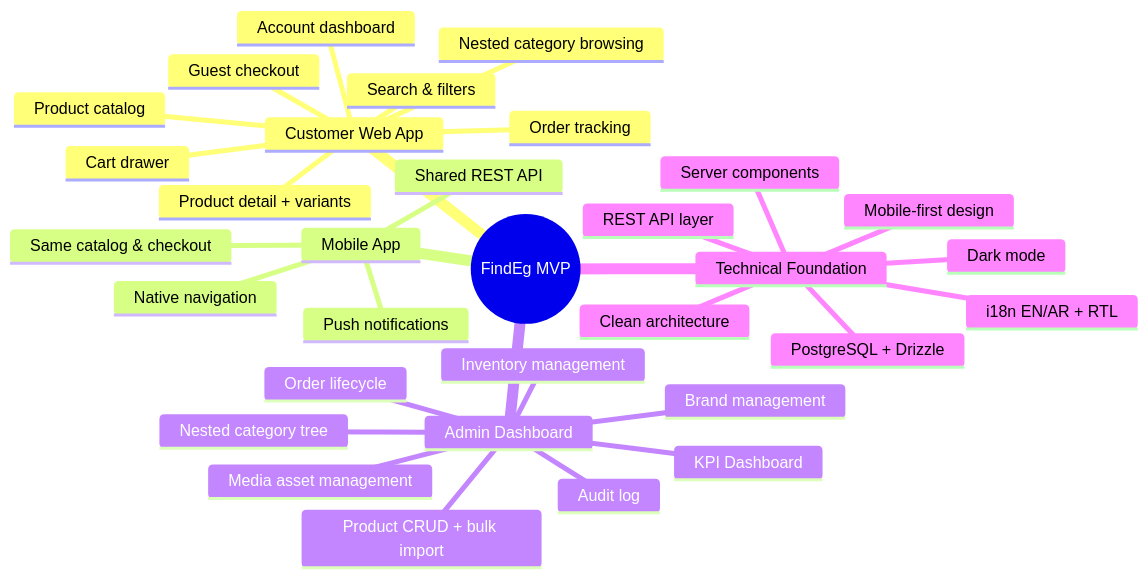
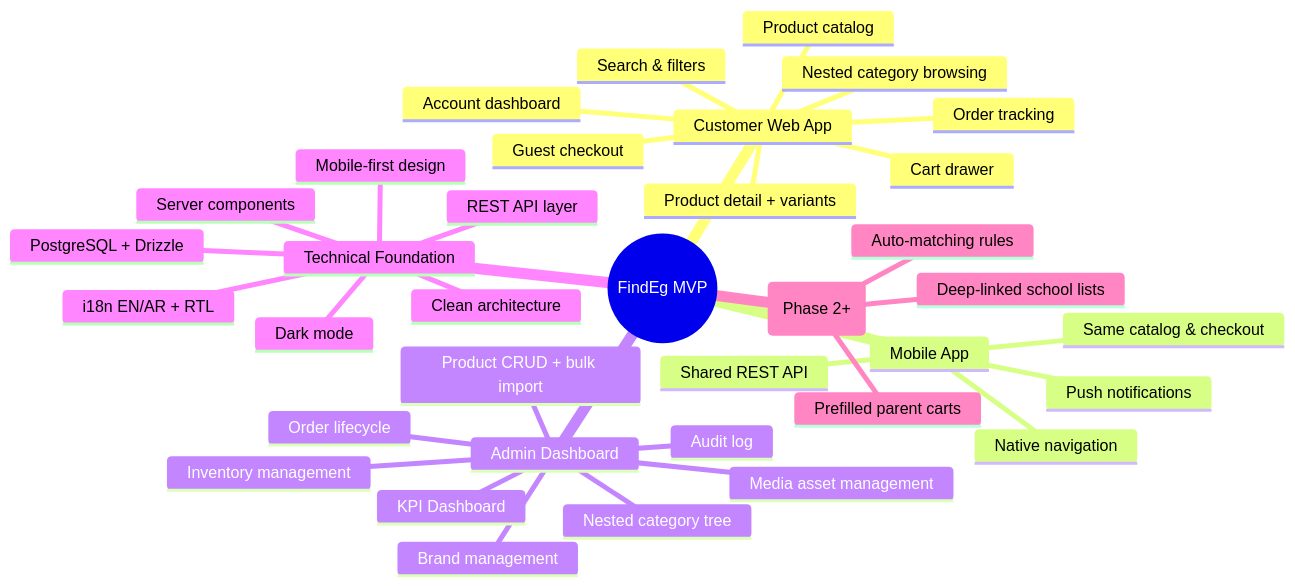
One commit to 3mrhussein/findeg changed diagram 20 of 20 in project-planning/SYSTEM_SPECIFICATION.md. Above: the diagram before and after it, drawn with Mermaid. The commit also changed other lines of this file and 134 other files, not shown here.

````diff
--- a/project-planning/SYSTEM_SPECIFICATION.md
+++ b/project-planning/SYSTEM_SPECIFICATION.md
@@ -933,35 +1170,39 @@
 ```mermaid
 mindmap
   root((FindEg MVP))
     Customer Web App
       Product catalog
       Nested category browsing
       Search & filters
       Product detail + variants
       Cart drawer
       Guest checkout
       Order tracking
       Account dashboard
     Mobile App
       Shared REST API
       Same catalog & checkout
       Push notifications
       Native navigation
     Admin Dashboard
       KPI Dashboard
       Product CRUD + bulk import
       Nested category tree
       Brand management
       Media asset management
       Order lifecycle
       Inventory management
       Audit log
     Technical Foundation
       REST API layer
       i18n EN/AR + RTL
       Clean architecture
       PostgreSQL + Drizzle
       Server components
       Mobile-first design
       Dark mode
+    Listo for Schools (Phase 2+)
+      Deep-linked school lists
+      Auto-matching rules
+      Prefilled parent carts
 ```
````
